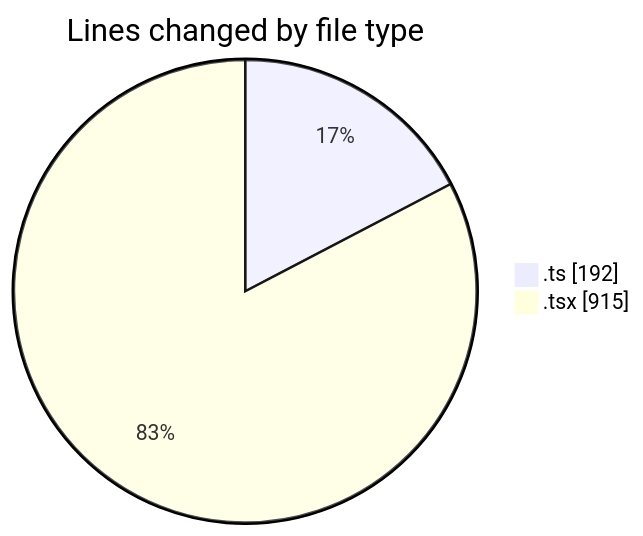
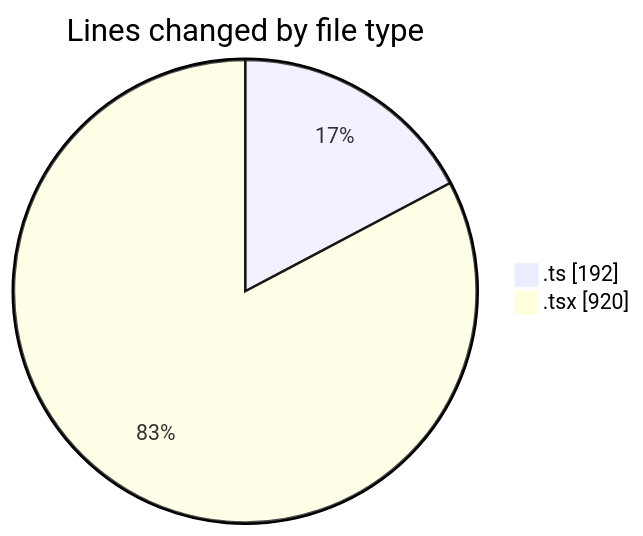
The first of 2 diagrams in 2025-07-04/cda/README.md (momahboobian/code-tracking), drawn with Mermaid before and after one commit. The commit also changed other lines of this file and 1 other file, not shown here.

````diff
--- a/2025-07-04/cda/README.md
+++ b/2025-07-04/cda/README.md
@@ -24,6 +24,6 @@
 ```mermaid
 pie showData
 title Lines changed by file type
 ".ts" : 192
-".tsx" : 915
+".tsx" : 920
 ```
````
